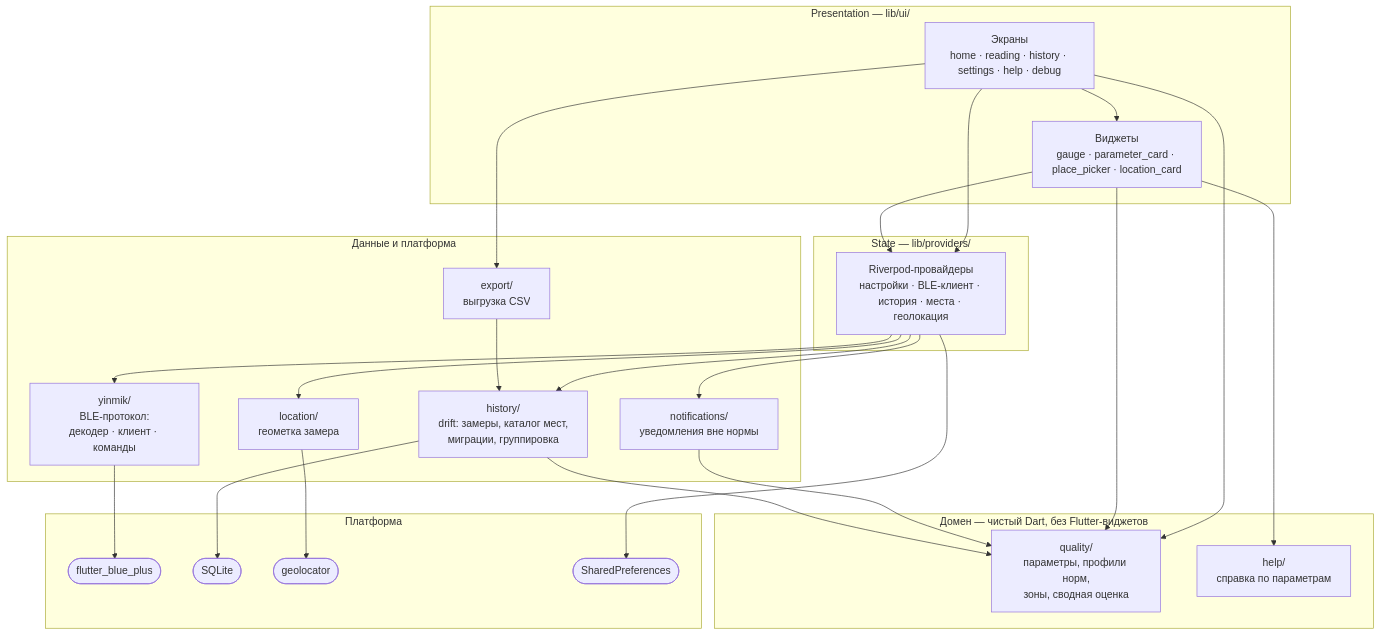
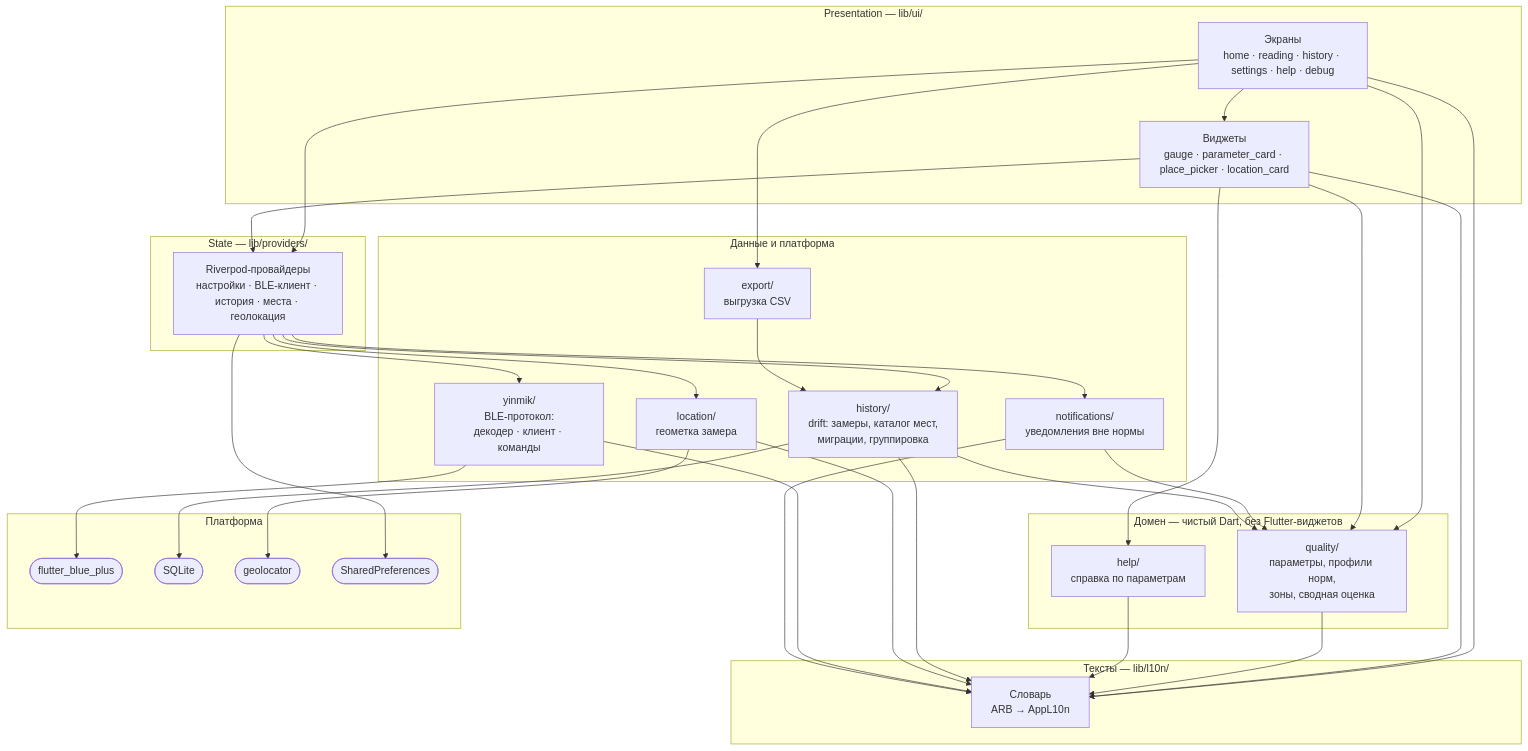
One commit to EugeneSoftwareDeveloper/SmartHomeWaterAnalyzer changed the first of 2 diagrams in docs/01-architecture.md. Above: the diagram before and after it, drawn with Mermaid. The commit also changed other lines of this file and 5 other files, not shown here.

````diff
--- a/docs/01-architecture.md
+++ b/docs/01-architecture.md
@@ -7,53 +7,66 @@
 ```mermaid
 graph TD
     subgraph presentation["Presentation — lib/ui/"]
         Screens["Экраны<br/>home · reading · history · settings · help · debug"]
         Widgets["Виджеты<br/>gauge · parameter_card · place_picker · location_card"]
     end
 
     subgraph state["State — lib/providers/"]
         Providers["Riverpod-провайдеры<br/>настройки · BLE-клиент · история · места · геолокация"]
     end
 
     subgraph domain["Домен — чистый Dart, без Flutter-виджетов"]
         Quality["quality/<br/>параметры, профили норм,<br/>зоны, сводная оценка"]
         Help["help/<br/>справка по параметрам"]
+    end
+
+    subgraph text["Тексты — lib/l10n/"]
+        L10n["Словарь<br/>ARB → AppL10n"]
     end
 
     subgraph data["Данные и платформа"]
         Yinmik["yinmik/<br/>BLE-протокол:<br/>декодер · клиент · команды"]
         History["history/<br/>drift: замеры, каталог мест,<br/>миграции, группировка"]
         Location["location/<br/>геометка замера"]
         Export["export/<br/>выгрузка CSV"]
         Notifications["notifications/<br/>уведомления вне нормы"]
     end
 
     subgraph platform["Платформа"]
         BLE(["flutter_blue_plus"])
         SQLite(["SQLite"])
         Geo(["geolocator"])
         Prefs(["SharedPreferences"])
     end
 
     Screens --> Widgets
     Screens --> Providers
     Widgets --> Providers
     Screens --> Quality
     Widgets --> Quality
     Widgets --> Help
 
     Providers --> Yinmik
     Providers --> History
     Providers --> Location
     Providers --> Notifications
     Providers --> Prefs
 
     Screens --> Export
     Export --> History
     Notifications --> Quality
     History --> Quality
 
+    Screens --> L10n
+    Widgets --> L10n
+    Quality --> L10n
+    Help --> L10n
+    History --> L10n
+    Location --> L10n
+    Yinmik --> L10n
+    Notifications --> L10n
+
     Yinmik --> BLE
     History --> SQLite
     Location --> Geo
 ```
````
